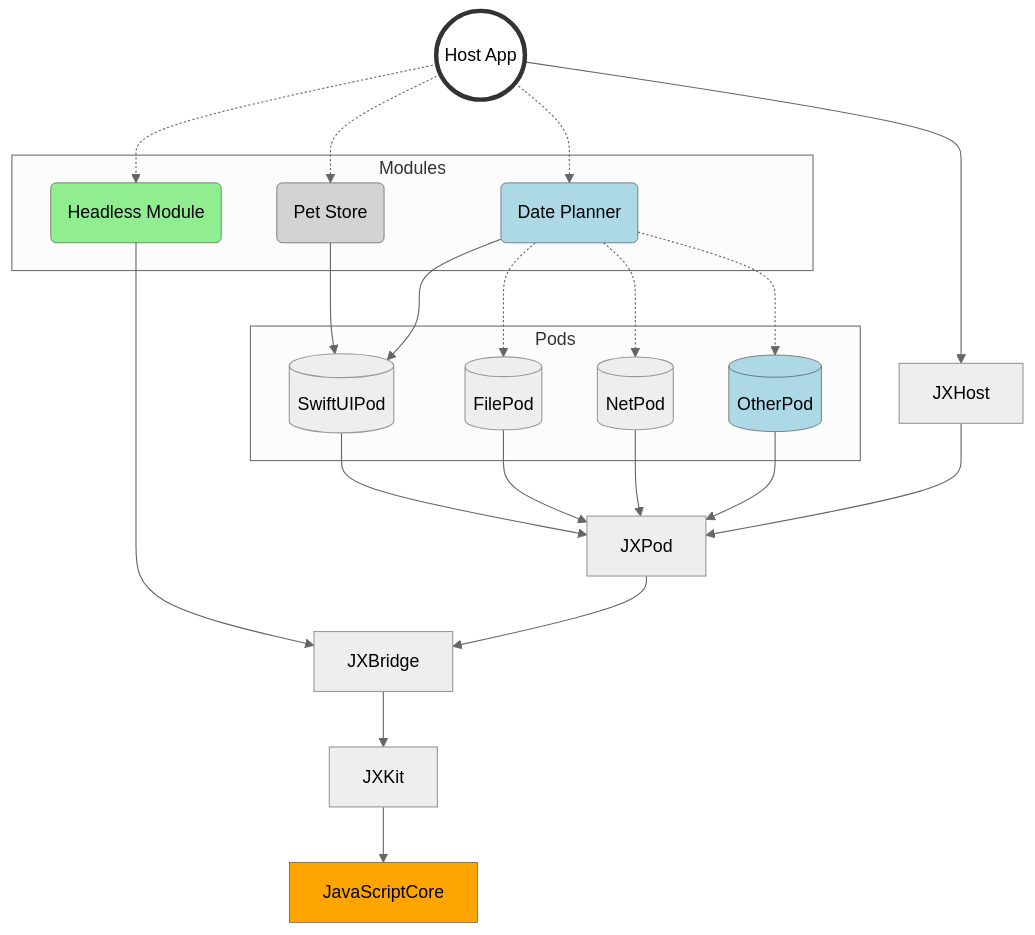
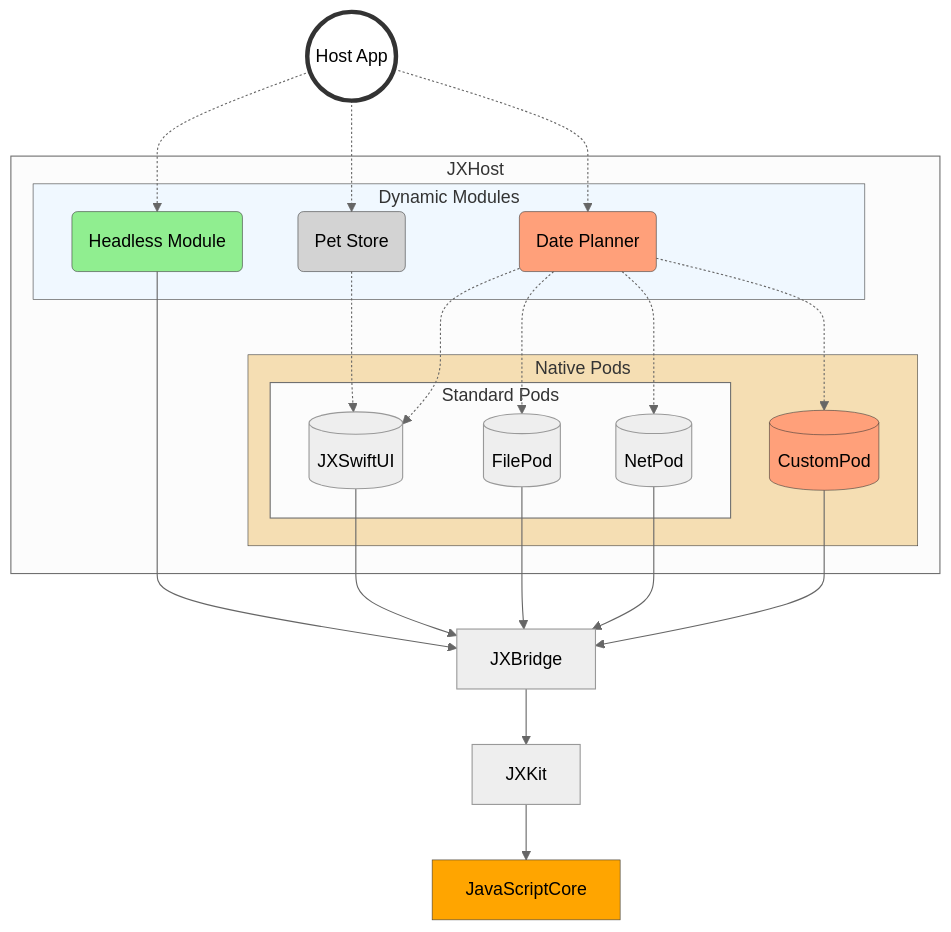
The diagram in README.md (jectivex/JXHost), drawn with Mermaid (neutral theme) before and after one commit. The commit also changed other lines of this file, not shown here.

````diff
--- a/README.md
+++ b/README.md
@@ -69,62 +4,67 @@
 ```mermaid
 flowchart TB
     HostApp -.-> HeadlessModule
     HostApp((Host App)) -.-> PetStoreModule
     HostApp -.-> DatePlannerModule
+            
+    subgraph JXHost
+      subgraph Modules[Dynamic Modules]
+        HeadlessModule(Headless Module)
+        PetStoreModule(Pet Store)
+        DatePlannerModule(Date Planner)
+      end
+      
+      subgraph Pods[Native Pods]
+        subgraph StandardPods[Standard Pods]
+          SwiftUIPod[(JXSwiftUI)]
+          FilePod[(FilePod)]
+          NetPod[(NetPod)]
+        end
+        CustomPod[(CustomPod)]
+      end
+    end
     
-    HostApp --> JXHost
-    
-    subgraph Modules
-      HeadlessModule(Headless Module)
-      PetStoreModule(Pet Store)
-      DatePlannerModule(Date Planner)
-    end
-
     HeadlessModule --> JXBridge
 
-    PetStoreModule --> SwiftUIPod
+    PetStoreModule -.-> SwiftUIPod
     
-    DatePlannerModule --> SwiftUIPod
+    DatePlannerModule -.-> SwiftUIPod
     DatePlannerModule -.-> FilePod
     DatePlannerModule -.-> NetPod
-    DatePlannerModule -.-> OtherPod
+    DatePlannerModule -.-> CustomPod
 
-    JXHost --> JXPod
-    JXPod --> JXBridge
-
-    subgraph Pods
-      FilePod[(FilePod)]
-      NetPod[(NetPod)]
-      SwiftUIPod[(SwiftUIPod)]
-      OtherPod[(OtherPod)]
-    end
-
-    FilePod --> JXPod
-    NetPod --> JXPod
-    SwiftUIPod --> JXPod
-    OtherPod --> JXPod
+    FilePod --> JXBridge
+    NetPod --> JXBridge
+    SwiftUIPod --> JXBridge
+    CustomPod --> JXBridge
 
     JXBridge --> JXKit
     
     JXKit --> JavaScriptCore[JavaScriptCore]
 
 classDef HostApp fill:white,stroke:#333,stroke-width:4px
 class HostApp HostApp
 
 classDef PetStoreModule fill:lightgray,stroke:#333,stroke-width:0.5px
 classDef HeadlessModule fill:lightgreen,stroke:#333,stroke-width:0.5px
-classDef DatePlannerModule fill:lightblue,stroke:#333,stroke-width:0.5px
+classDef DatePlannerModule fill:lightsalmon,stroke:#333,stroke-width:0.5px
 
 class PetStoreModule PetStoreModule
 class HeadlessModule HeadlessModule
 class DatePlannerModule DatePlannerModule
 
-classDef OtherPod fill:lightblue,stroke:#333,stroke-width:0.5px
-class OtherPod OtherPod
+classDef CustomPod fill:lightsalmon,stroke:#333,stroke-width:0.5px
+class CustomPod CustomPod
+
+classDef Modules fill:aliceblue,stroke:#333,stroke-width:0.5px
+class Modules Modules
+
+classDef Pods fill:wheat,stroke:#333,stroke-width:0.5px
+class Pods Pods
 
 classDef JavaScriptCore fill:orange,stroke:#333,stroke-width:0.5px
 class JavaScriptCore JavaScriptCore
 
 class di orange
 
 ```
````
